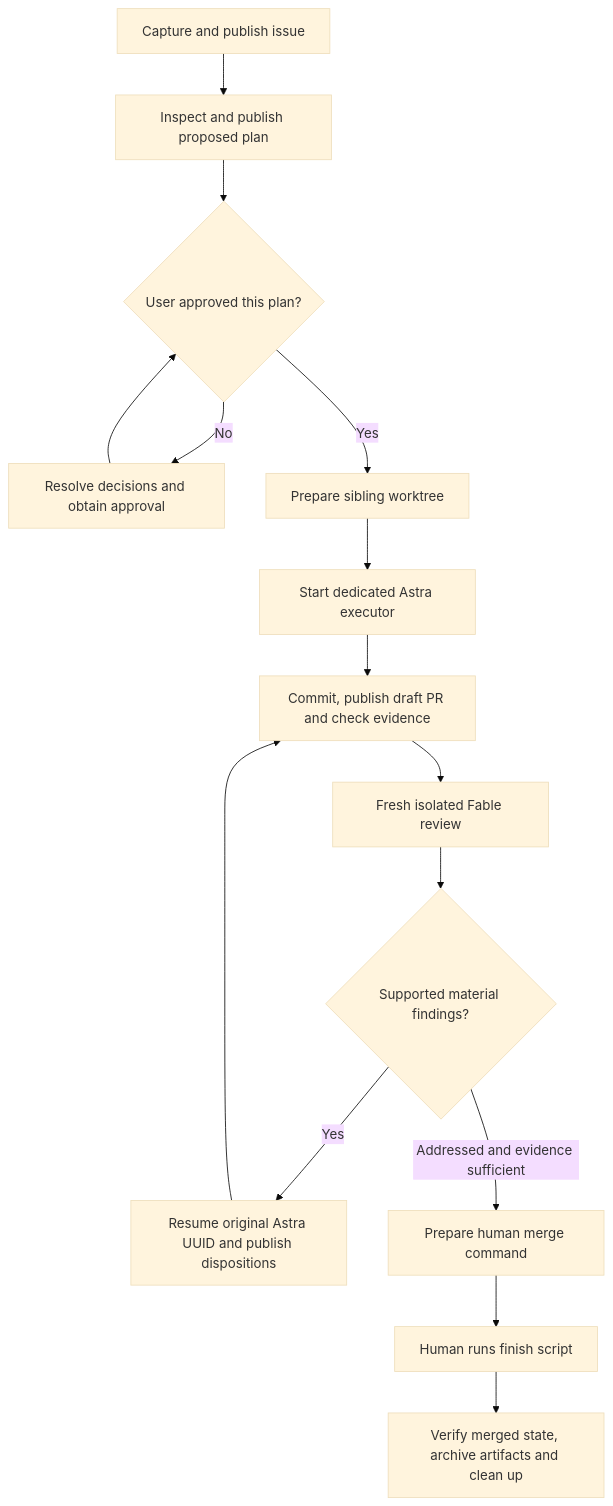
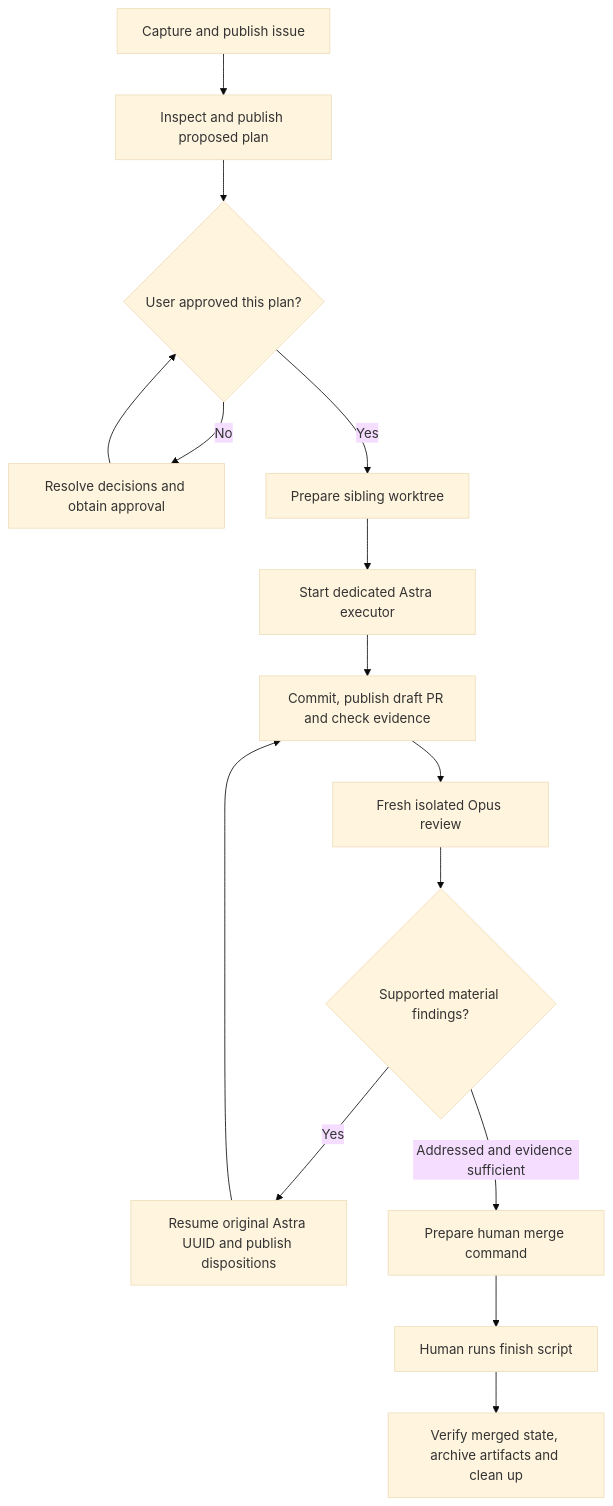
The diagram in docs/agent-workflow/SKILLS.md (Zi-Deng/agentic-github-template), drawn with Mermaid (base theme) before and after one commit. The commit also changed other lines of this file and 13 other files, not shown here.

Commit message:
Use Claude Opus 5 with a 400-credit review allowance

````diff
--- a/docs/agent-workflow/SKILLS.md
+++ b/docs/agent-workflow/SKILLS.md
@@ -36,17 +36,17 @@
 ```mermaid
 flowchart TD
   C[Capture and publish issue] --> P[Inspect and publish proposed plan]
   P --> A{User approved this plan?}
   A -->|No| Q[Resolve decisions and obtain approval]
   Q --> A
   A -->|Yes| W[Prepare sibling worktree]
   W --> I[Start dedicated Astra executor]
   I --> D[Commit, publish draft PR and check evidence]
-  D --> R[Fresh isolated Fable review]
+  D --> R[Fresh isolated Opus review]
   R --> F{Supported material findings?}
   F -->|Yes| X[Resume original Astra UUID and publish dispositions]
   X --> D
   F -->|Addressed and evidence sufficient| H[Prepare human merge command]
   H --> M[Human runs finish script]
   M --> V[Verify merged state, archive artifacts and clean up]
 ```
````
